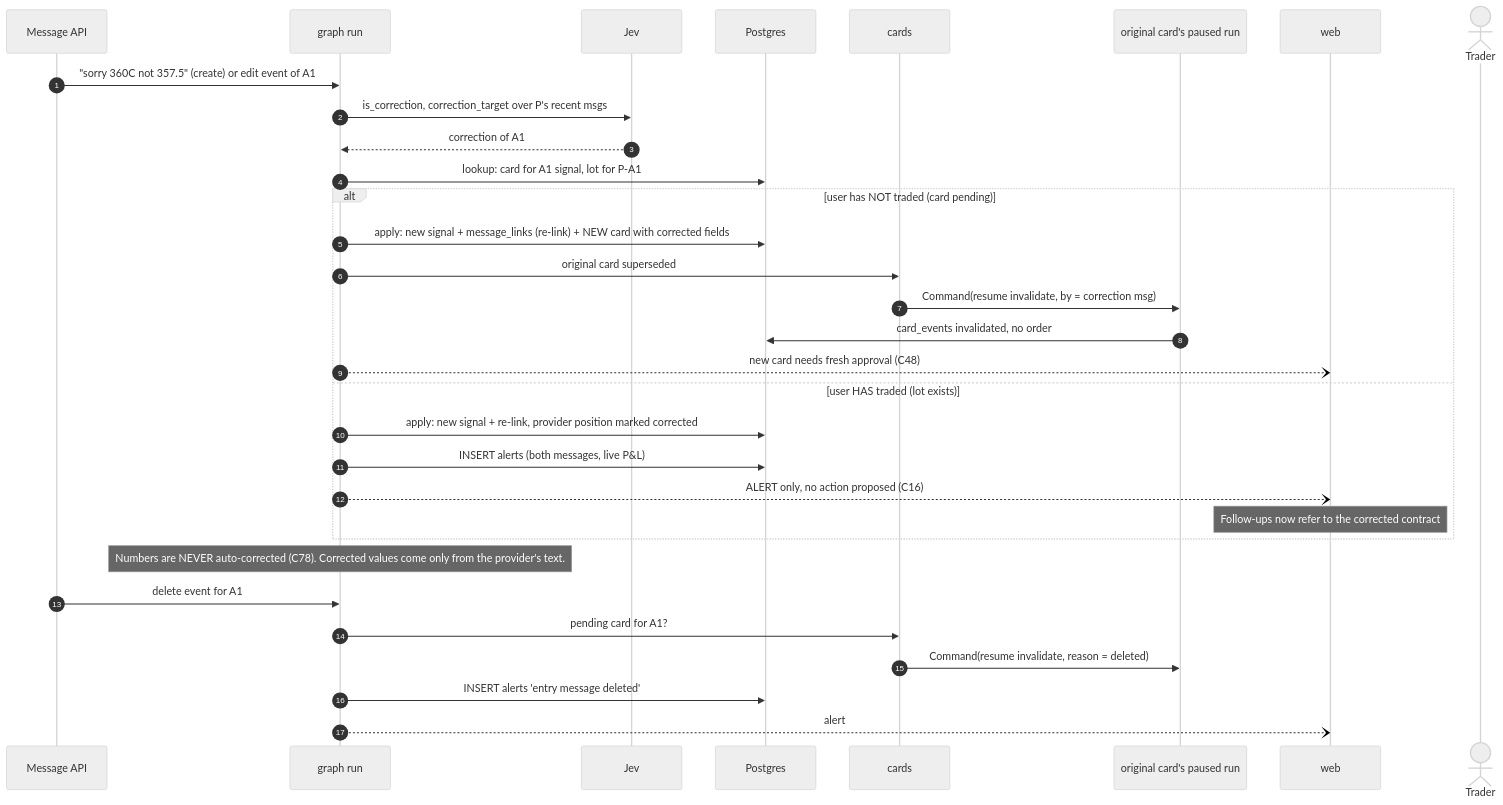
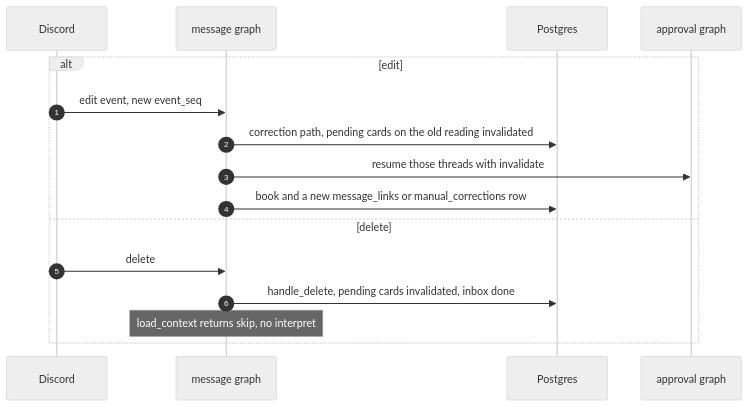
One commit to idolrun/trading-agent changed the fourth of 12 diagrams in docs/diagrams/06-sequence-diagrams.md. Above: the diagram before and after it, drawn with Mermaid (neutral theme). The commit also changed other lines of this file and 131 other files, not shown here.

First line of the commit message:
docs: update architecture and data flow diagrams for clarity and consistency

````diff
--- a/docs/diagrams/06-sequence-diagrams.md
+++ b/docs/diagrams/06-sequence-diagrams.md
@@ -195,36 +124,19 @@
 ```mermaid
 sequenceDiagram
     autonumber
-    participant API as Message API
-    participant G as graph run
-    participant J as Jev
+    participant DC as Discord
+    participant G as message graph
     participant DB as Postgres
-    participant CD as cards
-    participant OG as original card's paused run
-    participant W as web
-    actor U as Trader
+    participant AG as approval graph
 
-    API->>G: "sorry 360C not 357.5" (create) or edit event of A1
-    G->>J: is_correction, correction_target over P's recent msgs
-    J-->>G: correction of A1
-    G->>DB: lookup: card for A1 signal, lot for P-A1
-    alt user has NOT traded (card pending)
-        G->>DB: apply: new signal + message_links (re-link) + NEW card with corrected fields
-        G->>CD: original card superseded
-        CD->>OG: Command(resume invalidate, by = correction msg)
-        OG->>DB: card_events invalidated, no order
-        G--)W: new card needs fresh approval (C48)
-    else user HAS traded (lot exists)
-        G->>DB: apply: new signal + re-link, provider position marked corrected
-        G->>DB: INSERT alerts (both messages, live P&L)
-        G--)W: ALERT only, no action proposed (C16)
-        Note over W: Follow-ups now refer to the corrected contract
+    alt edit
+        DC->>G: edit event, new event_seq
+        G->>DB: correction path, pending cards on the old reading invalidated
+        G->>AG: resume those threads with invalidate
+        G->>DB: book and a new message_links or manual_corrections row
+    else delete
+        DC->>G: delete
+        G->>DB: handle_delete, pending cards invalidated, inbox done
+        Note over G: load_context returns skip, no interpret
     end
-    Note over G: Numbers are NEVER auto-corrected (C78). Corrected values come only from the provider's text.
-
-    API->>G: delete event for A1
-    G->>CD: pending card for A1?
-    CD->>OG: Command(resume invalidate, reason = deleted)
-    G->>DB: INSERT alerts 'entry message deleted'
-    G--)W: alert
 ```
````
